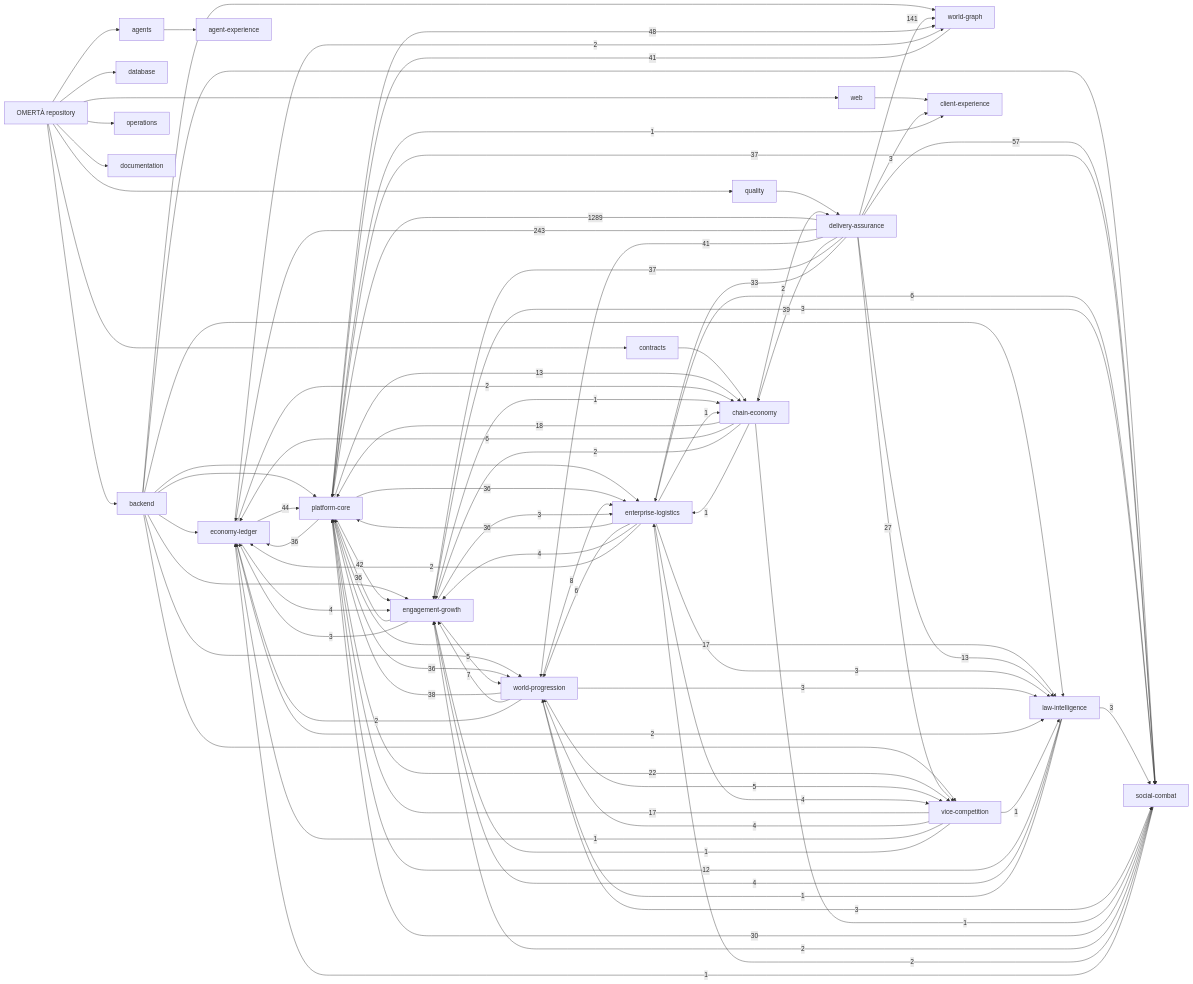
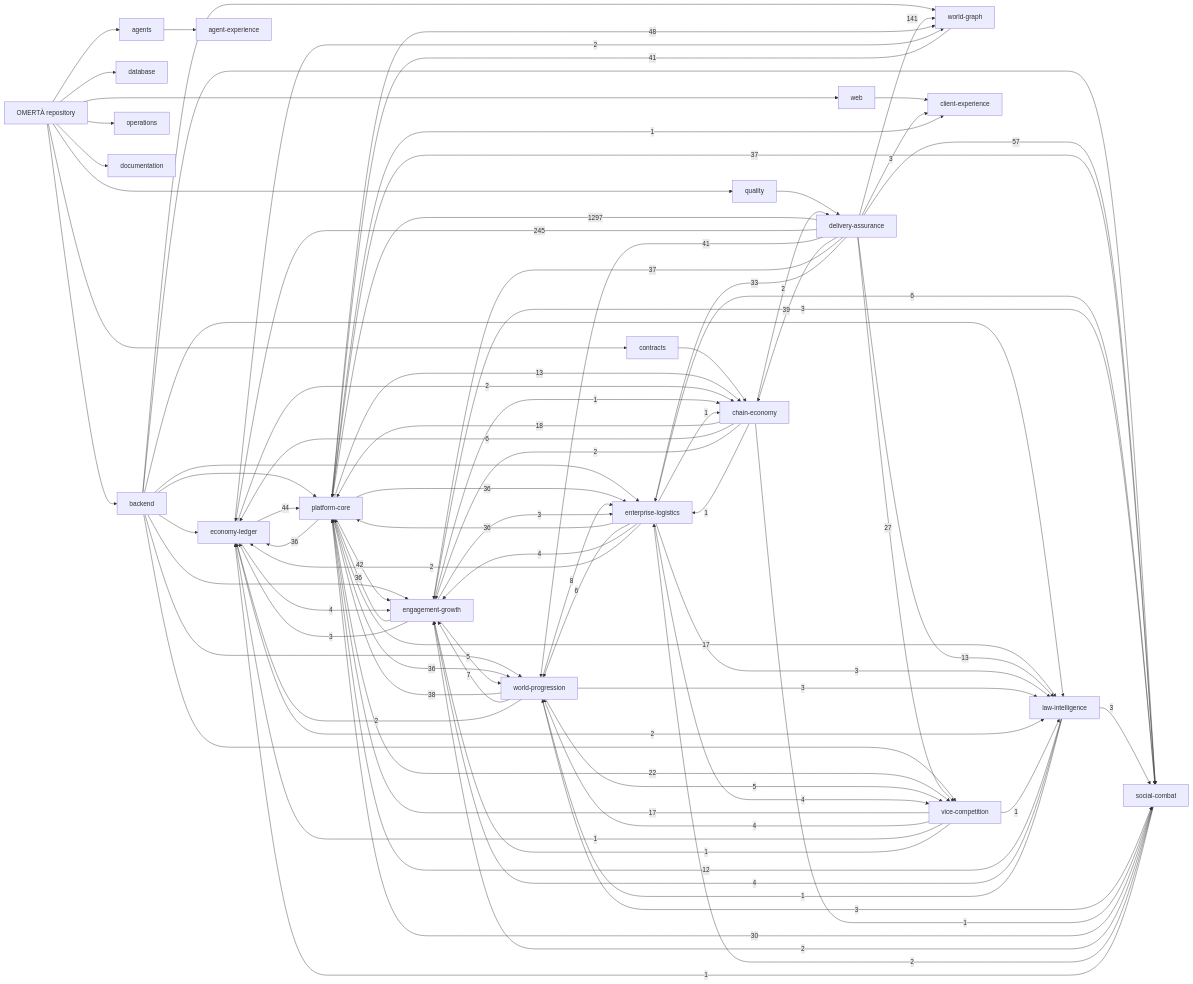
Before and after one commit to OmertaDev/Omerta: the diagram in knowledge/generated/graph.mmd, drawn with Mermaid. The commit also changed 8 other files, not shown here.

```diff
--- a/knowledge/generated/graph.mmd
+++ b/knowledge/generated/graph.mmd
@@ -1,111 +1,111 @@
 flowchart LR
   repo["OMERTÀ repository"]
   sub_backend["backend"]
   repo --> sub_backend
   sub_database["database"]
   repo --> sub_database
   sub_web["web"]
   repo --> sub_web
   sub_contracts["contracts"]
   repo --> sub_contracts
   sub_agents["agents"]
   repo --> sub_agents
   sub_quality["quality"]
   repo --> sub_quality
   sub_operations["operations"]
   repo --> sub_operations
   sub_documentation["documentation"]
   repo --> sub_documentation
   dom_platform-core["platform-core"]
   dom_economy-ledger["economy-ledger"]
   dom_social-combat["social-combat"]
   dom_world-progression["world-progression"]
   dom_world-graph["world-graph"]
   dom_enterprise-logistics["enterprise-logistics"]
   dom_vice-competition["vice-competition"]
   dom_law-intelligence["law-intelligence"]
   dom_chain-economy["chain-economy"]
   dom_engagement-growth["engagement-growth"]
   dom_client-experience["client-experience"]
   dom_agent-experience["agent-experience"]
   dom_delivery-assurance["delivery-assurance"]
   sub_agents --> dom_agent-experience
   sub_backend --> dom_economy-ledger
   sub_backend --> dom_engagement-growth
   sub_backend --> dom_enterprise-logistics
   sub_backend --> dom_law-intelligence
   sub_backend --> dom_platform-core
   sub_backend --> dom_social-combat
   sub_backend --> dom_vice-competition
   sub_backend --> dom_world-graph
   sub_backend --> dom_world-progression
   sub_contracts --> dom_chain-economy
   sub_quality --> dom_delivery-assurance
   sub_web --> dom_client-experience
-  dom_delivery-assurance -->|1289| dom_platform-core
-  dom_delivery-assurance -->|243| dom_economy-ledger
+  dom_delivery-assurance -->|1297| dom_platform-core
+  dom_delivery-assurance -->|245| dom_economy-ledger
   dom_delivery-assurance -->|141| dom_world-graph
   dom_delivery-assurance -->|57| dom_social-combat
   dom_platform-core -->|48| dom_world-graph
   dom_economy-ledger -->|44| dom_platform-core
   dom_platform-core -->|42| dom_engagement-growth
   dom_delivery-assurance -->|41| dom_world-progression
   dom_world-graph -->|41| dom_platform-core
   dom_delivery-assurance -->|39| dom_chain-economy
   dom_world-progression -->|38| dom_platform-core
   dom_delivery-assurance -->|37| dom_engagement-growth
   dom_platform-core -->|37| dom_social-combat
   dom_engagement-growth -->|36| dom_platform-core
   dom_enterprise-logistics -->|36| dom_platform-core
   dom_platform-core -->|36| dom_economy-ledger
   dom_platform-core -->|36| dom_enterprise-logistics
   dom_platform-core -->|36| dom_world-progression
   dom_delivery-assurance -->|33| dom_enterprise-logistics
   dom_social-combat -->|30| dom_platform-core
   dom_delivery-assurance -->|27| dom_vice-competition
   dom_platform-core -->|22| dom_vice-competition
   dom_chain-economy -->|18| dom_platform-core
   dom_platform-core -->|17| dom_law-intelligence
   dom_vice-competition -->|17| dom_platform-core
   dom_delivery-assurance -->|13| dom_law-intelligence
   dom_platform-core -->|13| dom_chain-economy
   dom_law-intelligence -->|12| dom_platform-core
   dom_world-progression -->|8| dom_enterprise-logistics
   dom_world-progression -->|7| dom_engagement-growth
   dom_chain-economy -->|6| dom_economy-ledger
   dom_enterprise-logistics -->|6| dom_social-combat
   dom_enterprise-logistics -->|6| dom_world-progression
   dom_engagement-growth -->|5| dom_world-progression
   dom_world-progression -->|5| dom_vice-competition
   dom_economy-ledger -->|4| dom_engagement-growth
   dom_enterprise-logistics -->|4| dom_engagement-growth
   dom_enterprise-logistics -->|4| dom_vice-competition
   dom_law-intelligence -->|4| dom_engagement-growth
   dom_vice-competition -->|4| dom_world-progression
   dom_delivery-assurance -->|3| dom_client-experience
   dom_engagement-growth -->|3| dom_economy-ledger
   dom_engagement-growth -->|3| dom_enterprise-logistics
   dom_engagement-growth -->|3| dom_social-combat
   dom_enterprise-logistics -->|3| dom_law-intelligence
   dom_law-intelligence -->|3| dom_social-combat
   dom_world-progression -->|3| dom_law-intelligence
   dom_world-progression -->|3| dom_social-combat
   dom_chain-economy -->|2| dom_delivery-assurance
   dom_chain-economy -->|2| dom_engagement-growth
   dom_economy-ledger -->|2| dom_chain-economy
   dom_economy-ledger -->|2| dom_law-intelligence
   dom_economy-ledger -->|2| dom_world-graph
   dom_enterprise-logistics -->|2| dom_economy-ledger
   dom_social-combat -->|2| dom_engagement-growth
   dom_social-combat -->|2| dom_enterprise-logistics
   dom_world-progression -->|2| dom_economy-ledger
   dom_chain-economy -->|1| dom_enterprise-logistics
   dom_chain-economy -->|1| dom_social-combat
   dom_engagement-growth -->|1| dom_chain-economy
   dom_enterprise-logistics -->|1| dom_chain-economy
   dom_law-intelligence -->|1| dom_world-progression
   dom_platform-core -->|1| dom_client-experience
   dom_social-combat -->|1| dom_economy-ledger
   dom_vice-competition -->|1| dom_economy-ledger
   dom_vice-competition -->|1| dom_engagement-growth
   dom_vice-competition -->|1| dom_law-intelligence
```
